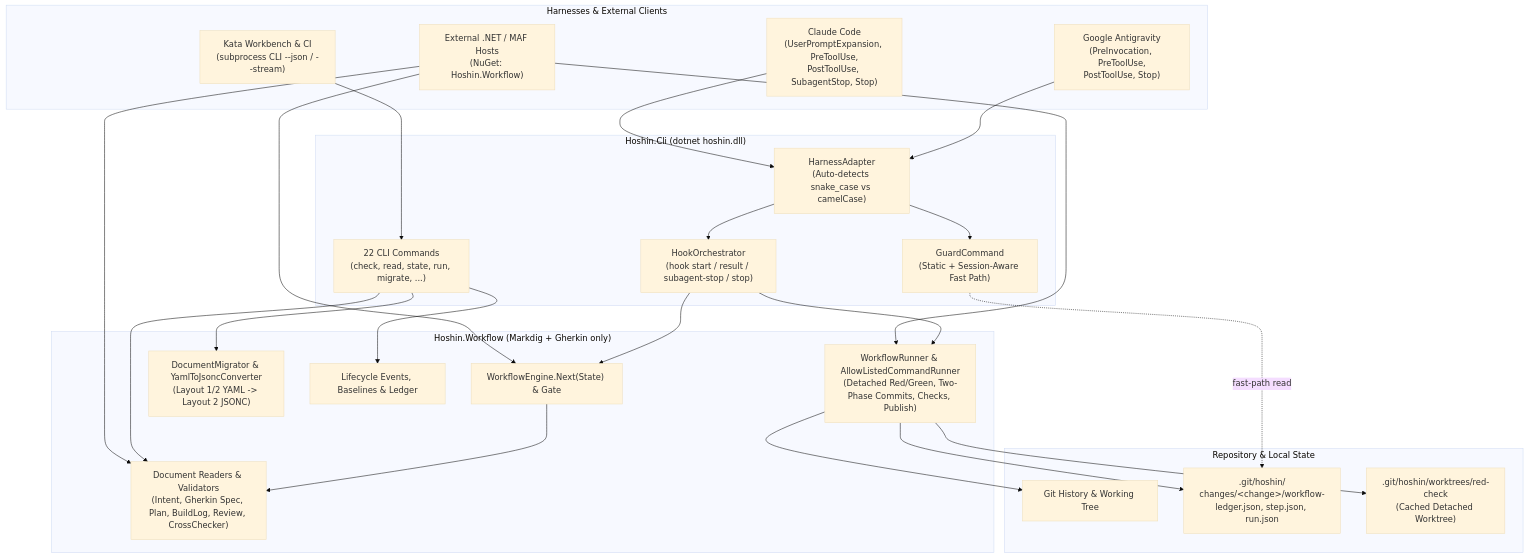
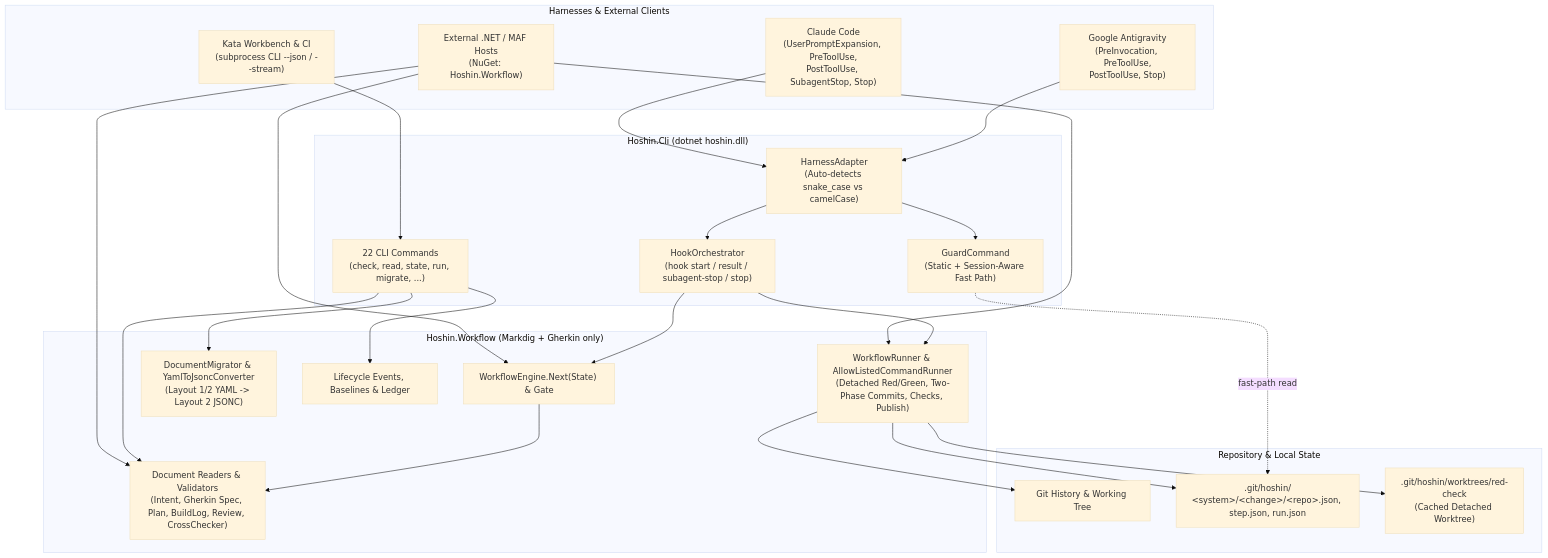
One commit to satish-krishna/Hoshin.Net changed the first of 4 diagrams in DESIGN.md. Above: the diagram before and after it, drawn with Mermaid (base theme). The commit also changed other lines of this file and 36 other files, not shown here.

First line of the commit message:
refactor(ledger): unify WorkflowLedger into RepoLedger via LedgerStore

````diff
--- a/DESIGN.md
+++ b/DESIGN.md
@@ -21,41 +21,41 @@
 ```mermaid
 flowchart TB
     subgraph Callers["Harnesses & External Clients"]
         CC["Claude Code<br/>(UserPromptExpansion, PreToolUse,<br/>PostToolUse, SubagentStop, Stop)"]
         AGY["Google Antigravity<br/>(PreInvocation, PreToolUse,<br/>PostToolUse, Stop)"]
         KATA["Kata Workbench & CI<br/>(subprocess CLI --json / --stream)"]
         MAF["External .NET / MAF Hosts<br/>(NuGet: Hoshin.Workflow)"]
     end
 
     subgraph Cli["Hoshin.Cli (dotnet hoshin.dll)"]
         ADAPTER["HarnessAdapter<br/>(Auto-detects snake_case vs camelCase)"]
         ORCH["HookOrchestrator<br/>(hook start / result / subagent-stop / stop)"]
         GUARD["GuardCommand<br/>(Static + Session-Aware Fast Path)"]
         CMDS["22 CLI Commands<br/>(check, read, state, run, migrate, ...)"]
     end
 
     subgraph Lib["Hoshin.Workflow (Markdig + Gherkin only)"]
         ENGINE["WorkflowEngine.Next(State) & Gate"]
         RUNNER["WorkflowRunner & AllowListedCommandRunner<br/>(Detached Red/Green, Two-Phase Commits, Checks, Publish)"]
         DOCS["Document Readers & Validators<br/>(Intent, Gherkin Spec, Plan, BuildLog, Review, CrossChecker)"]
         MIG["DocumentMigrator & YamlToJsoncConverter<br/>(Layout 1/2 YAML -> Layout 2 JSONC)"]
         EVENTS["Lifecycle Events, Baselines & Ledger"]
     end
 
     subgraph Store["Repository & Local State"]
         GIT["Git History & Working Tree"]
-        LEDGER[".git/hoshin/<br/>changes/&lt;change&gt;/workflow-ledger.json, step.json, run.json"]
+        LEDGER[".git/hoshin/<br/>&lt;system&gt;/&lt;change&gt;/&lt;repo&gt;.json, step.json, run.json"]
         WT[".git/hoshin/worktrees/red-check<br/>(Cached Detached Worktree)"]
     end
 
     CC & AGY --> ADAPTER
     ADAPTER --> ORCH & GUARD
     KATA --> CMDS
     MAF --> ENGINE & RUNNER & DOCS
 
     ORCH --> ENGINE & RUNNER
     GUARD -. "fast-path read" .-> LEDGER
     CMDS --> DOCS & MIG & EVENTS
     ENGINE --> DOCS
     RUNNER --> GIT & LEDGER & WT
 ```
````
